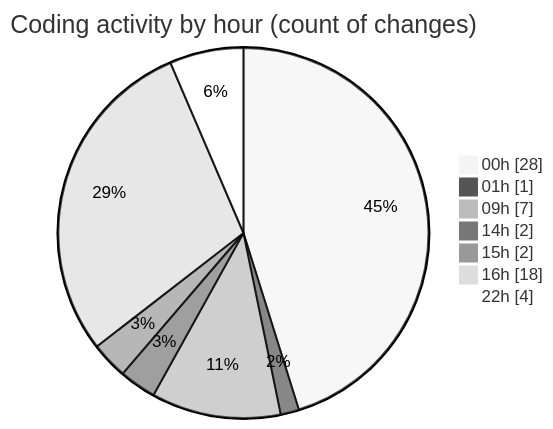
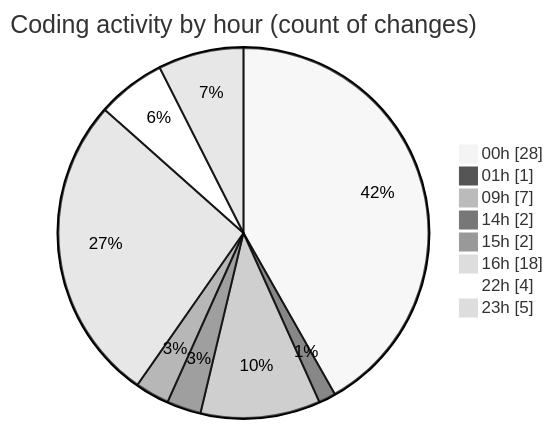
One commit to Elitesun/code-tracking changed the second of 2 diagrams in 2025-05-24/elitesun/README.md. Above: the diagram before and after it, drawn with Mermaid (neutral theme). The commit also changed other lines of this file and 1 other file, not shown here.

````diff
--- a/2025-05-24/elitesun/README.md
+++ b/2025-05-24/elitesun/README.md
@@ -44,11 +45,12 @@
 ```mermaid
 pie showData
 title Coding activity by hour (count of changes)
 "00h" : 28
 "01h" : 1
 "09h" : 7
 "14h" : 2
 "15h" : 2
 "16h" : 18
 "22h" : 4
+"23h" : 5
 ```
````
